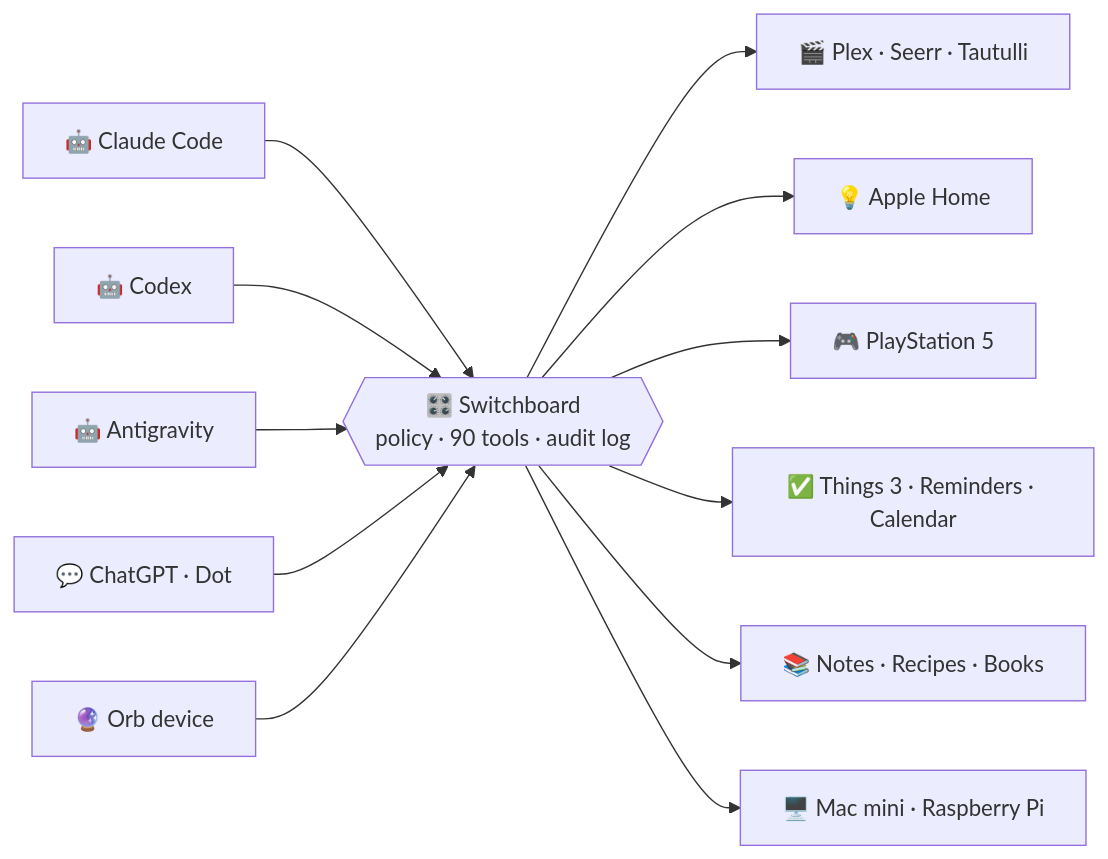
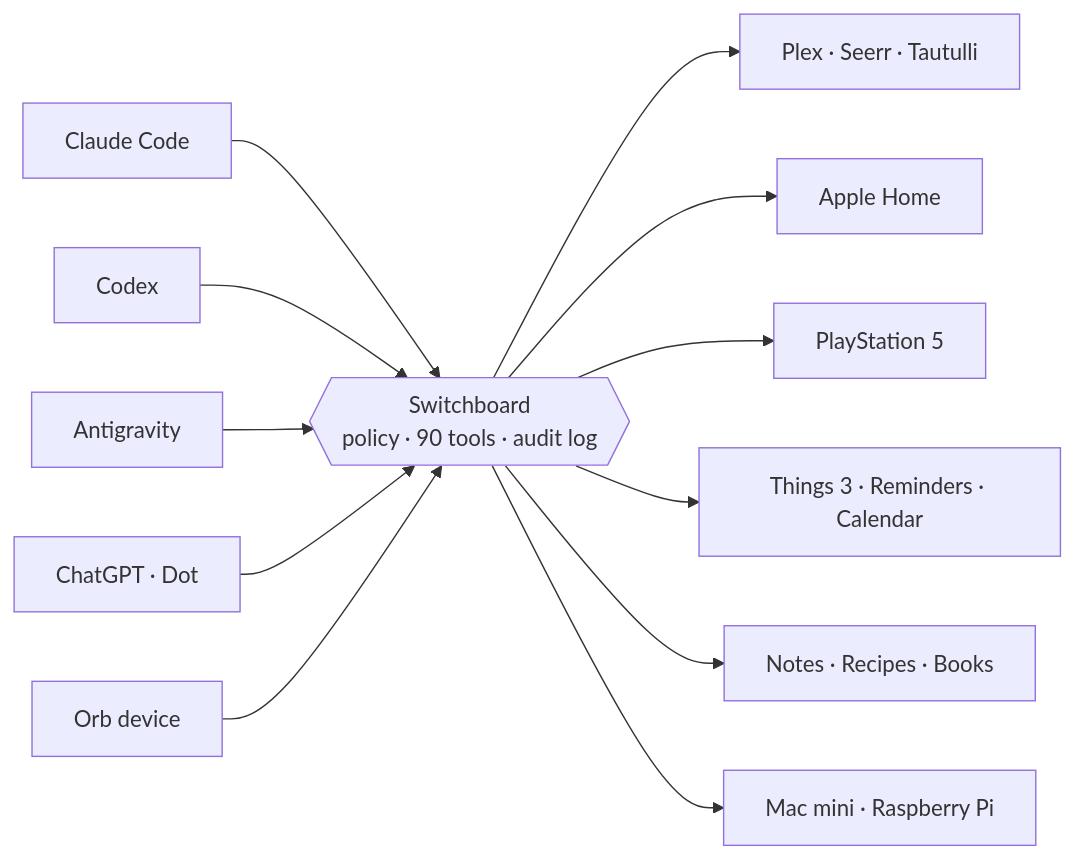
One commit to shhish/switchboard changed the diagram in README.md. Above: the diagram before and after it, drawn with Mermaid. The commit also changed other lines of this file, not shown here.

First line of the commit message:
Switchboard v0.3.4

````diff
--- a/README.md
+++ b/README.md
@@ -40,17 +40,17 @@
 ```mermaid
 flowchart LR
-  CC["🤖 Claude Code"] --> SB
-  CX["🤖 Codex"] --> SB
-  AG["🤖 Antigravity"] --> SB
-  GPT["💬 ChatGPT · Dot"] --> SB
-  ORB["🔮 Orb device"] --> SB
+  CC["Claude Code"] --> SB
+  CX["Codex"] --> SB
+  AG["Antigravity"] --> SB
+  GPT["ChatGPT · Dot"] --> SB
+  ORB["Orb device"] --> SB
 
-  SB{{"🎛️ Switchboard<br/>policy · 90 tools · audit log"}}
+  SB{{"Switchboard<br/>policy · 90 tools · audit log"}}
 
-  SB --> MEDIA["🎬 Plex · Seerr · Tautulli"]
-  SB --> HOME["💡 Apple Home"]
-  SB --> PS5["🎮 PlayStation 5"]
-  SB --> LIFE["✅ Things 3 · Reminders · Calendar"]
-  SB --> MIND["📚 Notes · Recipes · Books"]
-  SB --> OPS["🖥️ Mac mini · Raspberry Pi"]
+  SB --> MEDIA["Plex · Seerr · Tautulli"]
+  SB --> HOME["Apple Home"]
+  SB --> PS5["PlayStation 5"]
+  SB --> LIFE["Things 3 · Reminders · Calendar"]
+  SB --> MIND["Notes · Recipes · Books"]
+  SB --> OPS["Mac mini · Raspberry Pi"]
 ```
````
